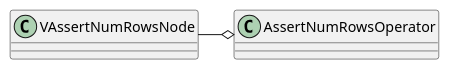
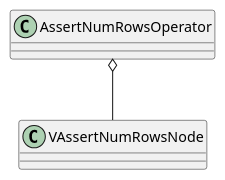
One commit to DepInjoy/geektime changed the second of 4 diagrams in doc/DB/Doris/SourceRead/11_04_Exec_Operator.md. Above: the diagram before and after it, drawn with PlantUML. The commit also changed other lines of this file, not shown here.

````diff
--- a/doc/DB/Doris/SourceRead/11_04_Exec_Operator.md
+++ b/doc/DB/Doris/SourceRead/11_04_Exec_Operator.md
@@ -54,5 +54,5 @@
 ```plantuml
 @startuml
-VAssertNumRowsNode -o AssertNumRowsOperator
+VAssertNumRowsNode -up-o AssertNumRowsOperator
 @enduml
 ```
````
